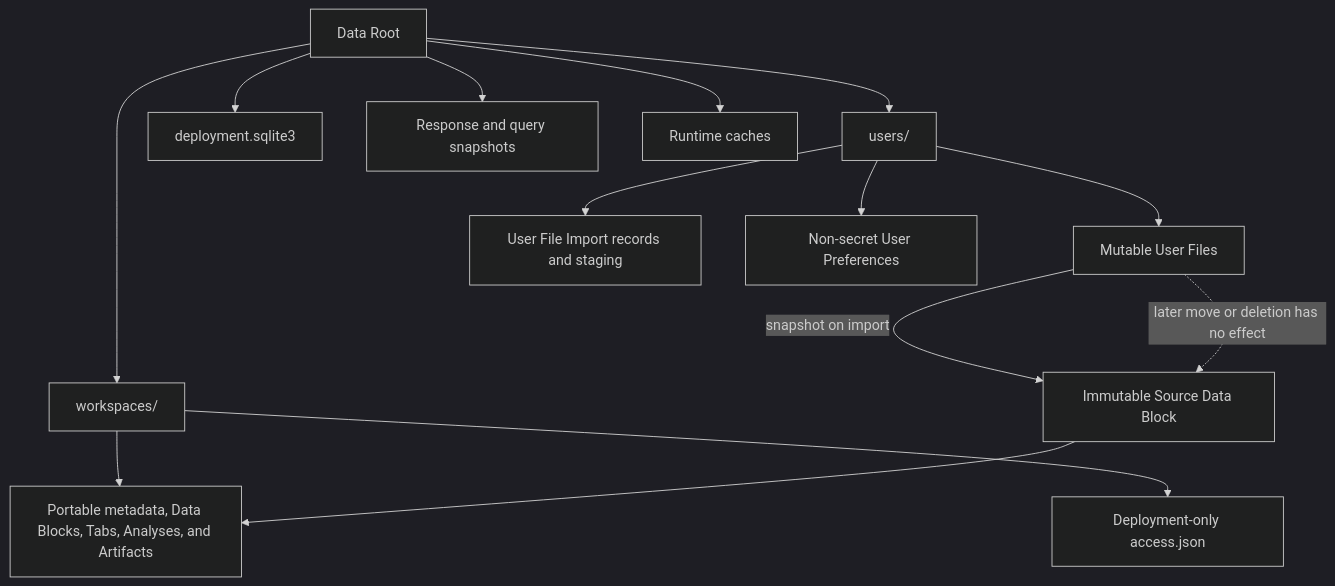
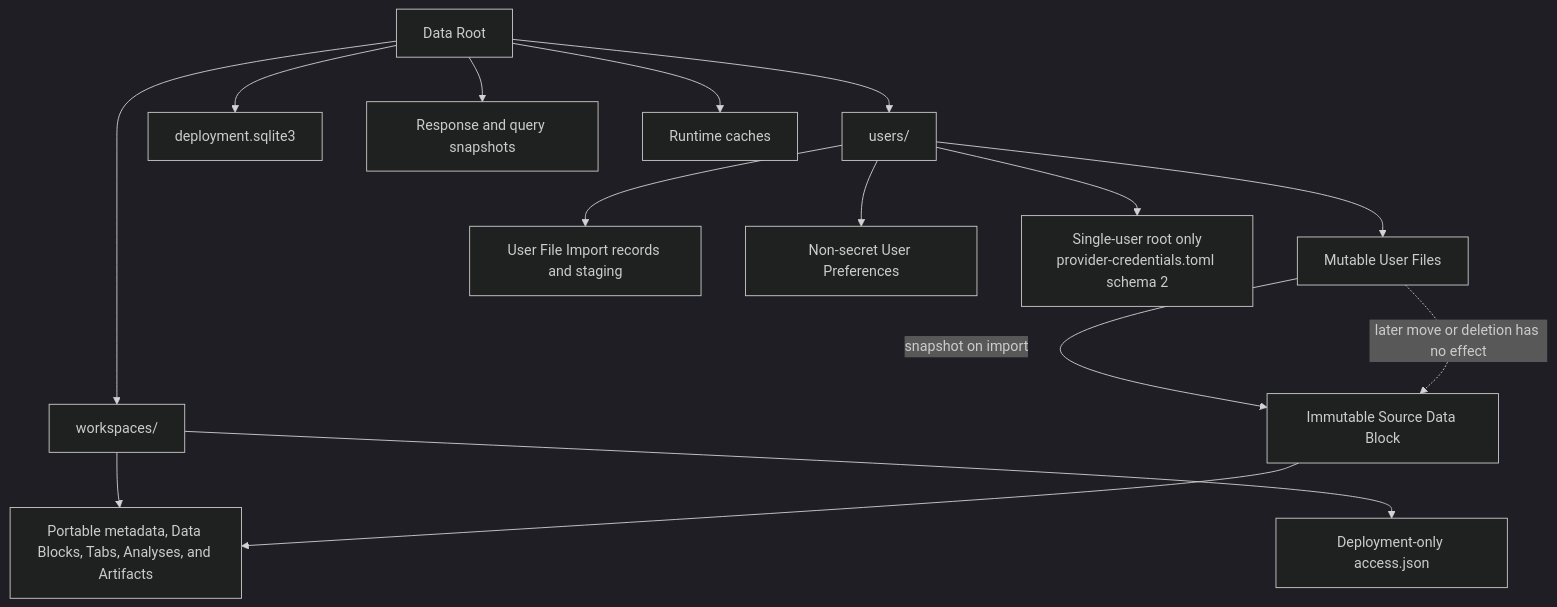
One commit to Australian-Text-Analytics-Platform/ldaca_web_app changed the diagram in docs/domain/files-and-storage.md. Above: the diagram before and after it, drawn with Mermaid (dark theme). The commit also changed other lines of this file and 20 other files, not shown here.

````diff
--- a/docs/domain/files-and-storage.md
+++ b/docs/domain/files-and-storage.md
@@ -20,17 +22,18 @@
 ```mermaid
 flowchart TB
     ROOT["Data Root"] --> USERS["users/<user-id>"]
     ROOT --> WORKSPACES["workspaces/<workspace-id>"]
     ROOT --> AUTH["deployment.sqlite3"]
     ROOT --> SNAPSHOTS["Response and query snapshots"]
     ROOT --> CACHE["Runtime caches"]
 
     USERS --> FILES["Mutable User Files"]
     USERS --> IMPORTS["User File Import records and staging"]
     USERS --> PREFERENCES["Non-secret User Preferences"]
+    USERS --> ROOT_CREDENTIALS["Single-user root only<br/>provider-credentials.toml schema 2"]
     WORKSPACES --> ACCESS["Deployment-only access.json"]
     WORKSPACES --> PORTABLE["Portable metadata, Data Blocks, Tabs, Analyses, and Artifacts"]
     FILES -->|"snapshot on import"| SOURCE["Immutable Source Data Block"]
     SOURCE --> PORTABLE
     FILES -. "later move or deletion has no effect" .-> SOURCE
 ```
````
